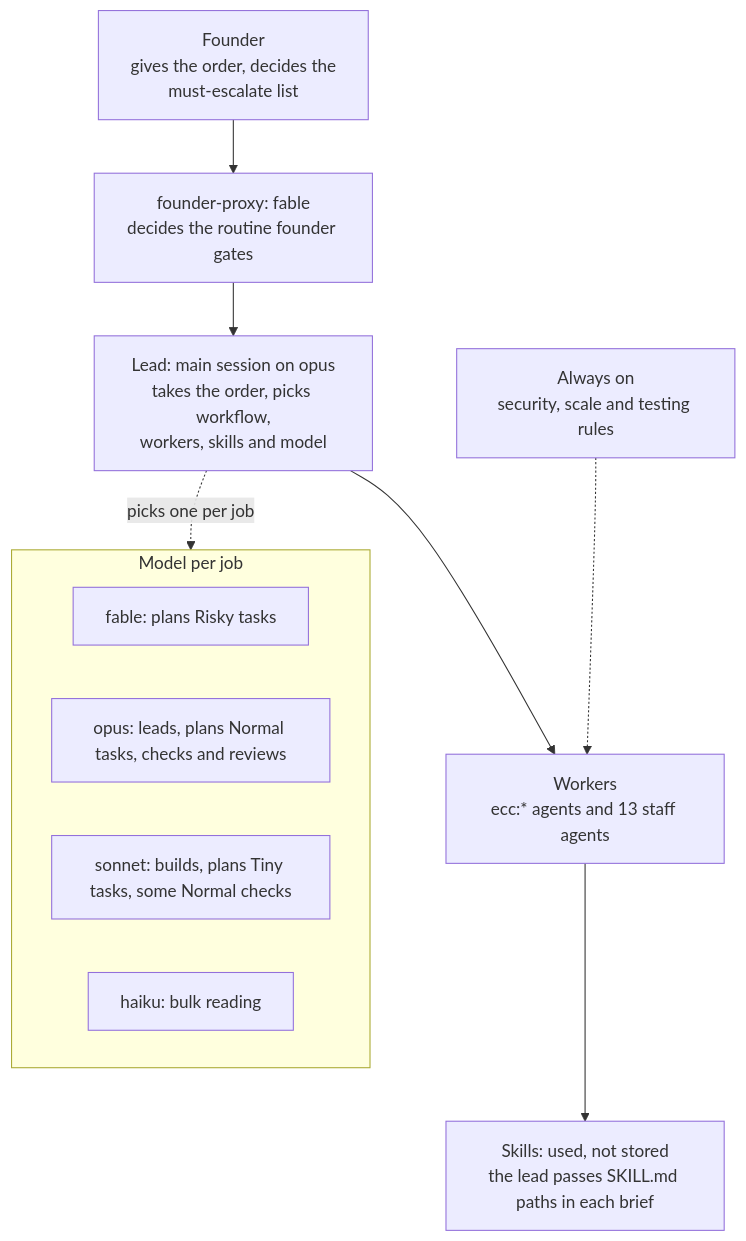
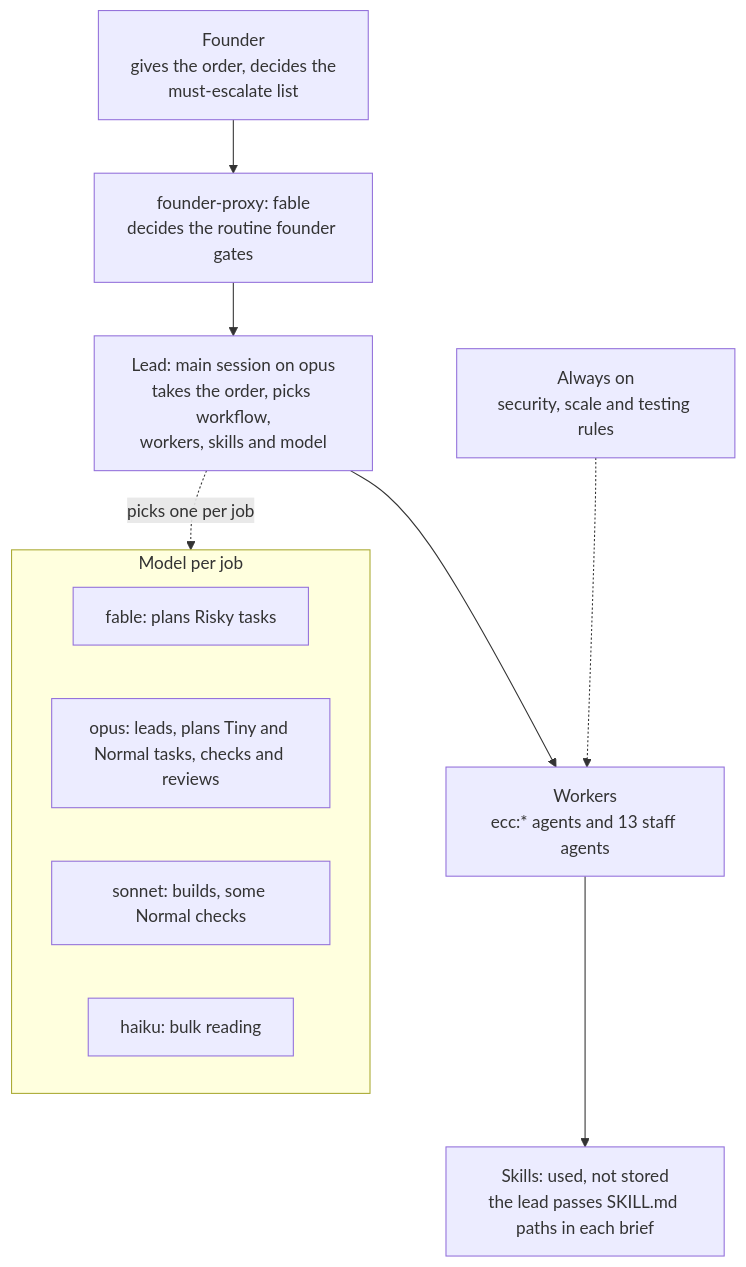
Before and after one commit to LeongJinZhou/ai-company: the first of 3 diagrams in README.md, drawn with Mermaid. The commit also changed other lines of this file and 11 other files, not shown here.

````diff
--- a/README.md
+++ b/README.md
@@ -10,16 +10,16 @@
 ```mermaid
 flowchart TD
     F["Founder<br>gives the order, decides the<br>must-escalate list"] --> FP["founder-proxy: fable<br>decides the routine founder gates"]
     FP --> L["Lead: main session on opus<br>takes the order, picks workflow,<br>workers, skills and model"]
     L --> W["Workers<br>ecc:* agents and 13 staff agents"]
     W --> S["Skills: used, not stored<br>the lead passes SKILL.md paths in each brief"]
     R["Always on<br>security, scale and testing rules"] -.-> W
     subgraph M["Model per job"]
         direction LR
         M1["fable: plans Risky tasks"]
-        M2["opus: leads, plans Normal tasks, checks and reviews"]
-        M3["sonnet: builds, plans Tiny tasks, some Normal checks"]
+        M2["opus: leads, plans Tiny and Normal tasks, checks and reviews"]
+        M3["sonnet: builds, some Normal checks"]
         M4["haiku: bulk reading"]
     end
     L -. "picks one per job" .-> M
 ```
````
